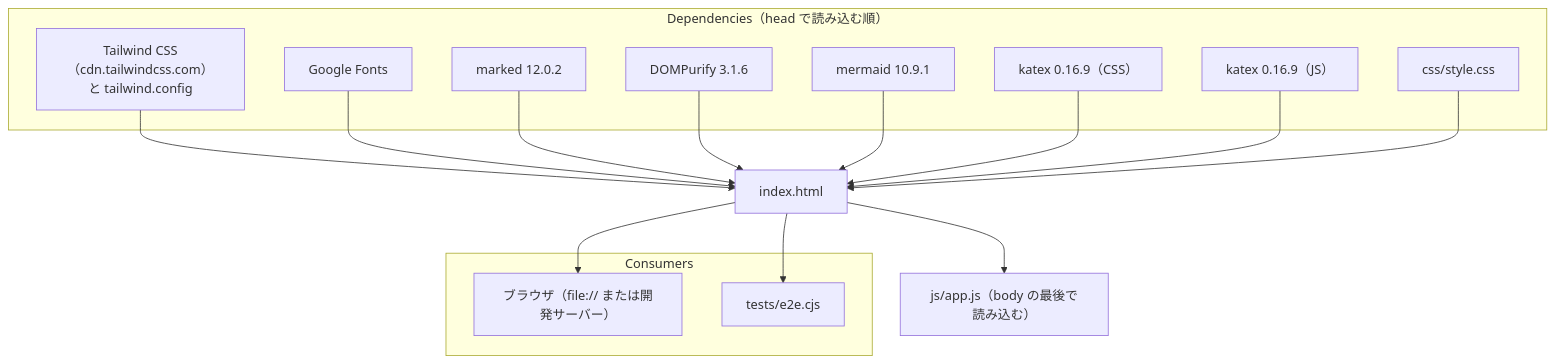
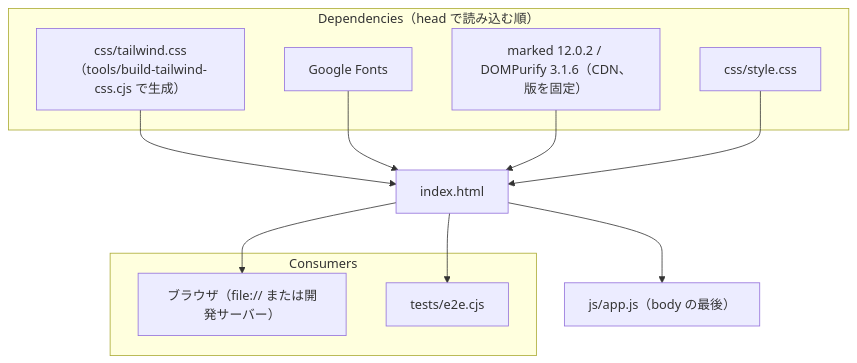
One commit to prankster-freedom/ToyBox changed the diagram in public/standalone-apps/luxyno/doc/4.implementation/index.html.md. Above: the diagram before and after it, drawn with Mermaid. The commit also changed other lines of this file and 6 other files, not shown here.

````diff
--- a/public/standalone-apps/luxyno/doc/4.implementation/index.html.md
+++ b/public/standalone-apps/luxyno/doc/4.implementation/index.html.md
@@ -13,30 +13,22 @@
 ```mermaid
 flowchart TD
   subgraph Dependencies["Dependencies（head で読み込む順）"]
-    tw["Tailwind CSS（cdn.tailwindcss.com）と tailwind.config"]
+    tw["css/tailwind.css（tools/build-tailwind-css.cjs で生成）"]
     fonts["Google Fonts"]
-    marked["marked 12.0.2"]
-    purify["DOMPurify 3.1.6"]
-    mermaid["mermaid 10.9.1"]
-    katexcss["katex 0.16.9（CSS）"]
-    katex["katex 0.16.9（JS）"]
+    libs["marked 12.0.2 / DOMPurify 3.1.6（CDN、版を固定）"]
     css["css/style.css"]
   end
   html["index.html"]
   tw --> html
   fonts --> html
-  marked --> html
-  purify --> html
-  mermaid --> html
-  katexcss --> html
-  katex --> html
+  libs --> html
   css --> html
-  app["js/app.js（body の最後で読み込む）"]
+  app["js/app.js（body の最後）"]
   html --> app
   subgraph Consumers
     browser["ブラウザ（file:// または開発サーバー）"]
     e2e["tests/e2e.cjs"]
   end
   html --> browser
   html --> e2e
 ```
````
